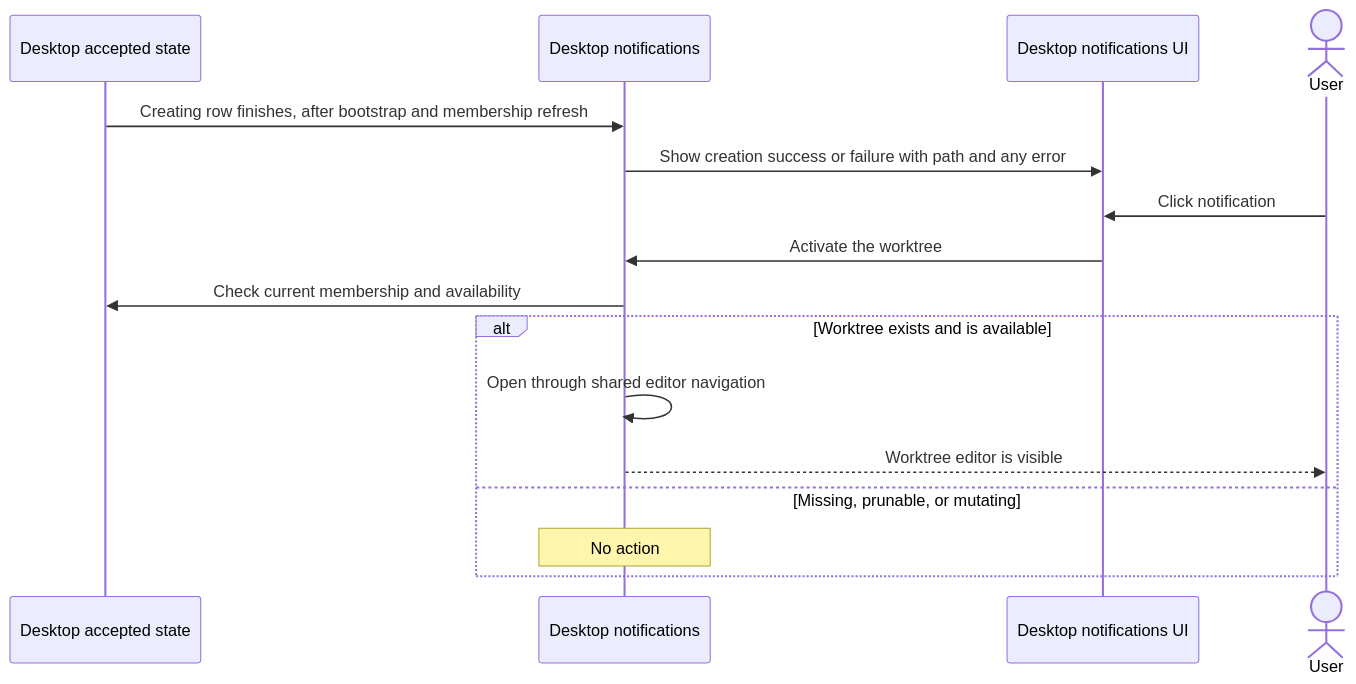
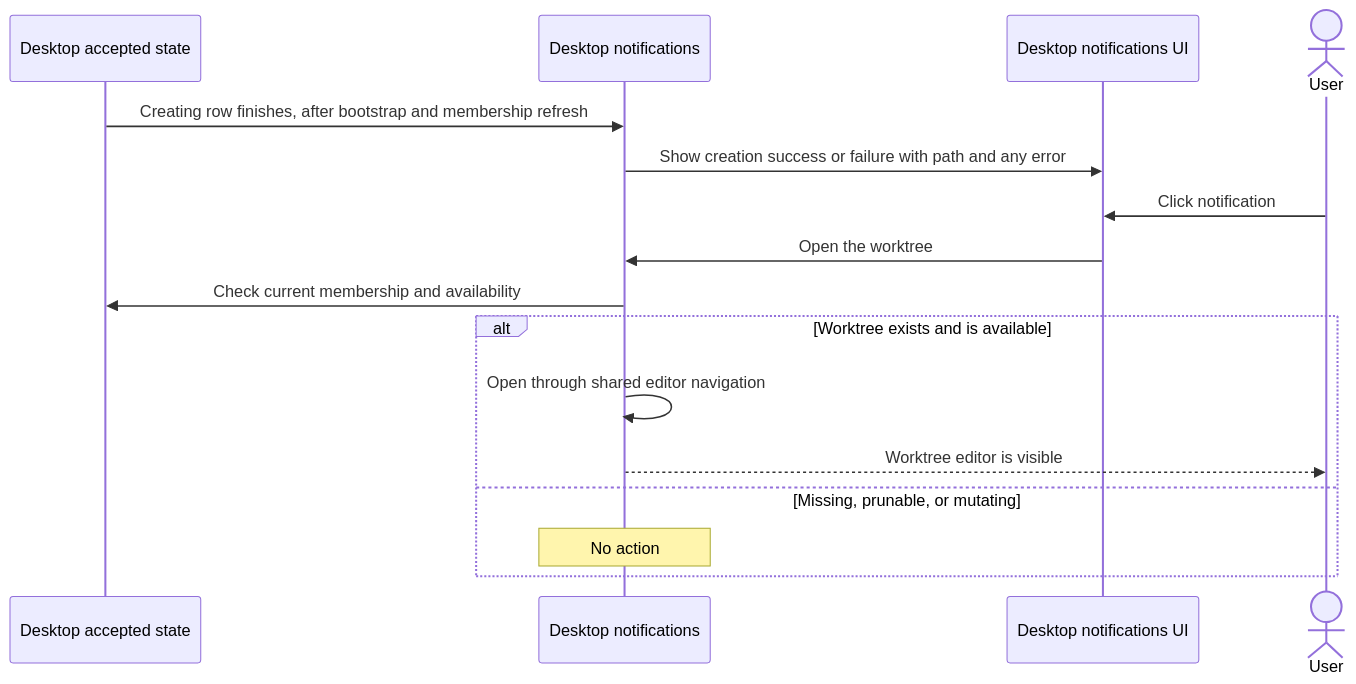
Before and after one commit to takeshibaconsuzuki/ade-overlay: the fifth of 8 diagrams in workflows/desktop.md, drawn with Mermaid. The commit also changed other lines of this file and 70 other files, not shown here.

````diff
--- a/workflows/desktop.md
+++ b/workflows/desktop.md
@@ -100,18 +103,18 @@
 ```mermaid
 sequenceDiagram
     participant State as Desktop accepted state
     participant Main as Desktop notifications
     participant OS as Desktop notifications UI
     actor User
     State->>Main: Creating row finishes, after bootstrap and membership refresh
     Main->>OS: Show creation success or failure with path and any error
     User->>OS: Click notification
-    OS->>Main: Activate the worktree
+    OS->>Main: Open the worktree
     Main->>State: Check current membership and availability
     alt Worktree exists and is available
         Main->>Main: Open through shared editor navigation
         Main-->>User: Worktree editor is visible
     else Missing, prunable, or mutating
         Note over Main: No action
     end
 ```
````
